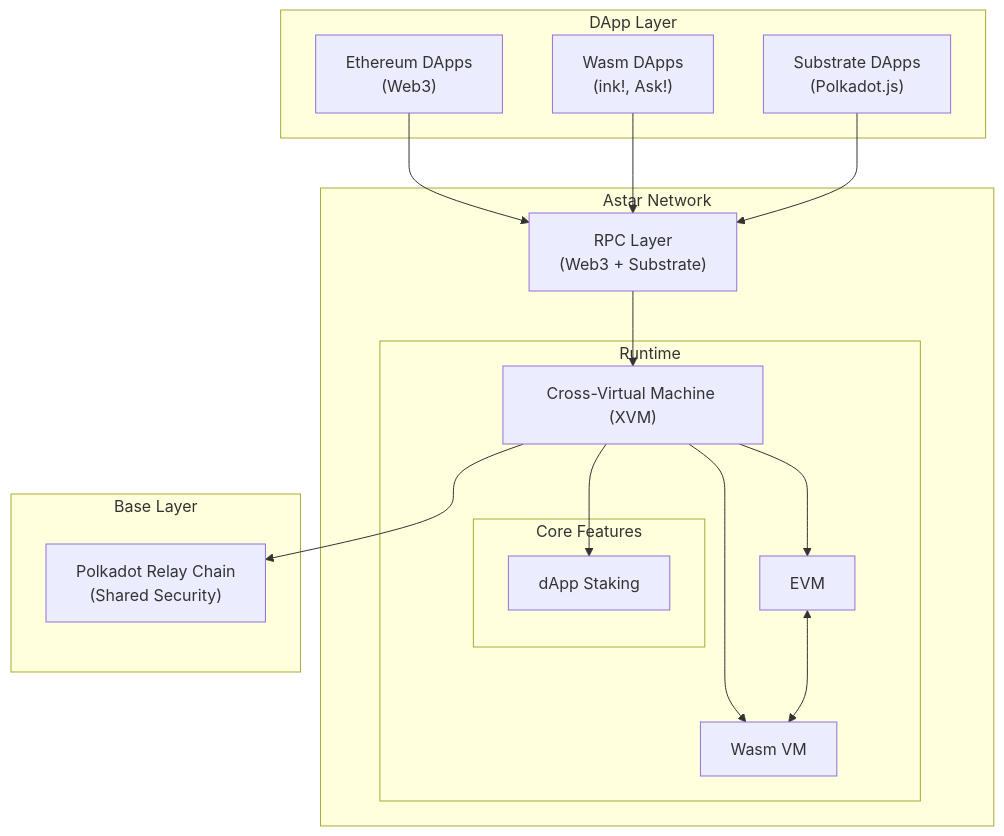
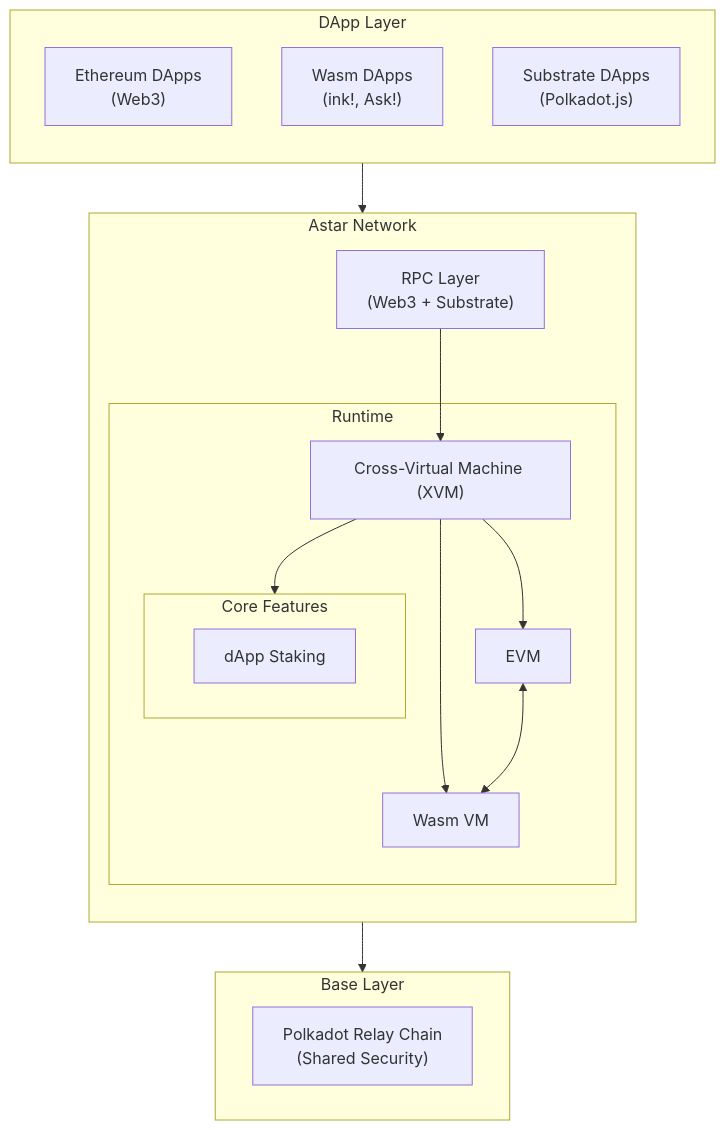
One commit to polkadot-developers/polkadot-docs changed the first of 3 diagrams in develop/smart-contracts/evm/parachain-contracts.md. Above: the diagram before and after it, drawn with Mermaid. The commit also changed other lines of this file, not shown here.

````diff
--- a/develop/smart-contracts/evm/parachain-contracts.md
+++ b/develop/smart-contracts/evm/parachain-contracts.md
@@ -30,38 +30,38 @@
 ```mermaid
 graph TB
-    subgraph "DApp Layer"
+    subgraph A["DApp Layer"]
+        direction TB
         eth["Ethereum DApps\n(Web3)"]
         wasm["Wasm DApps\n(ink!, Ask!)"]
         substrate["Substrate DApps\n(Polkadot.js)"]
     end
 
-    subgraph "Astar Network"
+    subgraph B["Astar Network"]
+        direction TB
         rpc["RPC Layer\n(Web3 + Substrate)"]
         
         subgraph "Runtime"
             xvm["Cross-Virtual Machine (XVM)"]
             evm["EVM"]
             wasm_vm["Wasm VM"]
             
-            subgraph "Core Features"
+            subgraph D["Core Features"]
                 staking["dApp Staking"]
             end
         end
     end
 
-    subgraph "Base Layer"
+    subgraph C["Base Layer"]
         dot["Polkadot Relay Chain\n(Shared Security)"]
     end
 
     %% Connections
-    eth --> rpc
-    wasm --> rpc
-    substrate --> rpc
+    A --> B
     rpc --> xvm
+    xvm --> C
+    xvm --> D
+    xvm --> wasm_vm
     xvm --> evm
-    xvm --> wasm_vm
+
     evm <--> wasm_vm
-    xvm --> staking
-    xvm --> dot
-
 ```
````
